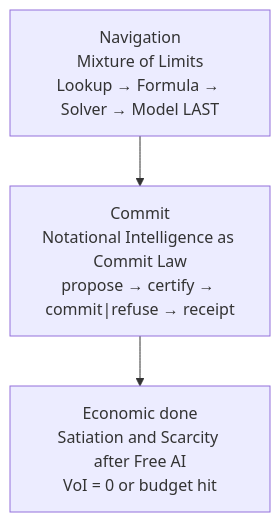
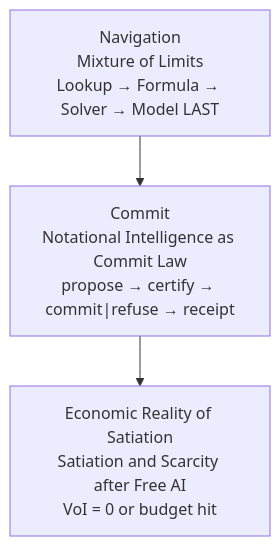
One commit to openIE-dev/research-openie-web changed the diagram in src/content/papers/mol.md. Above: the diagram before and after it, drawn with Mermaid. The commit also changed other lines of this file and 29 other files, not shown here.

````diff
--- a/src/content/papers/mol.md
+++ b/src/content/papers/mol.md
@@ -63,7 +63,7 @@
 ```mermaid
 flowchart TB
   NAV["Navigation<br/>Mixture of Limits<br/>Lookup → Formula → Solver → Model LAST"]
   COM["Commit<br/>Notational Intelligence as Commit Law<br/>propose → certify → commit|refuse → receipt"]
-  ECO["Economic done<br/>Satiation and Scarcity after Free AI<br/>VoI = 0 or budget hit"]
+  ECO["Economic Reality of Satiation<br/>Satiation and Scarcity after Free AI<br/>VoI = 0 or budget hit"]
   NAV --> COM --> ECO
 ```
````
